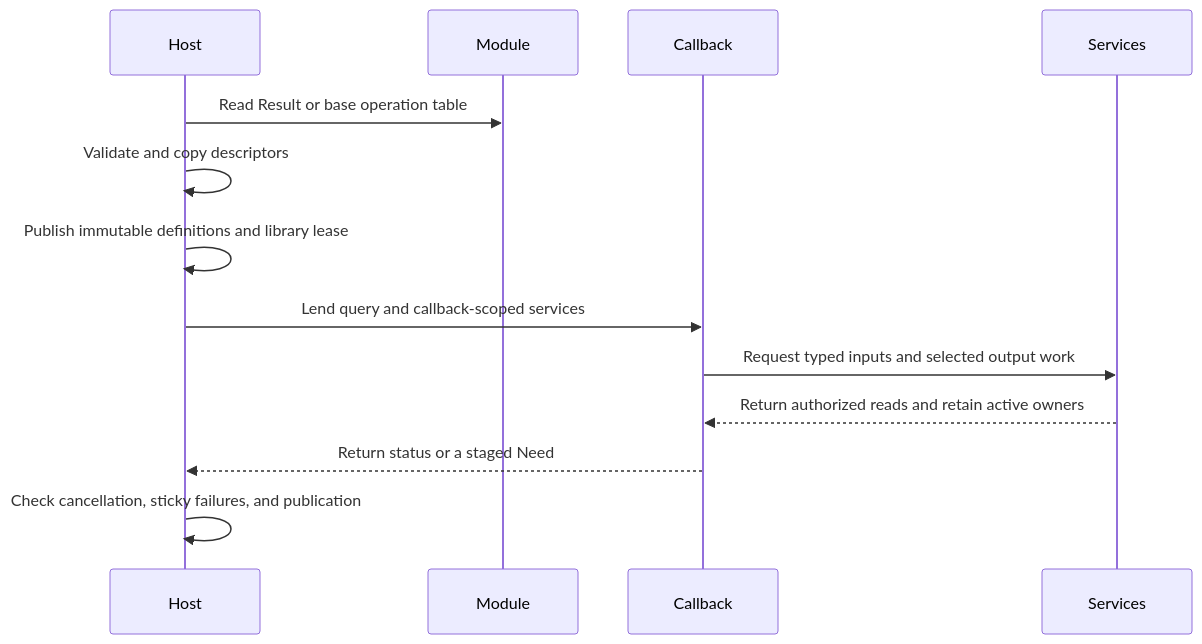
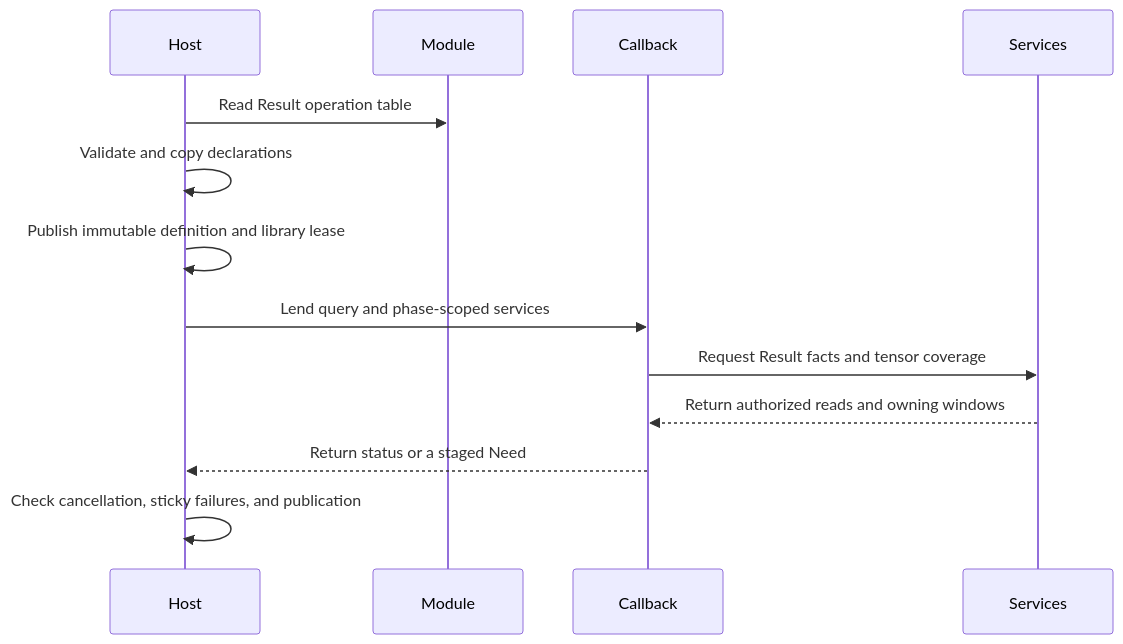
The diagram in docs/kernel-architecture/Plugin-ABI.md (kevin-zf1123/photospider), drawn with Mermaid before and after one commit. The commit also changed other lines of this file and 815 other files, not shown here.

````diff
--- a/docs/kernel-architecture/Plugin-ABI.md
+++ b/docs/kernel-architecture/Plugin-ABI.md
@@ -9,15 +9,15 @@
 ```mermaid
 sequenceDiagram
     participant Host
     participant Module
     participant Callback
     participant Services
-    Host->>Module: Read Result or base operation table
-    Host->>Host: Validate and copy descriptors
-    Host->>Host: Publish immutable definitions and library lease
-    Host->>Callback: Lend query and callback-scoped services
-    Callback->>Services: Request typed inputs and selected output work
-    Services-->>Callback: Return authorized reads and retain active owners
+    Host->>Module: Read Result operation table
+    Host->>Host: Validate and copy declarations
+    Host->>Host: Publish immutable definition and library lease
+    Host->>Callback: Lend query and phase-scoped services
+    Callback->>Services: Request Result facts and tensor coverage
+    Services-->>Callback: Return authorized reads and owning windows
     Callback-->>Host: Return status or a staged Need
     Host->>Host: Check cancellation, sticky failures, and publication
 ```
````
